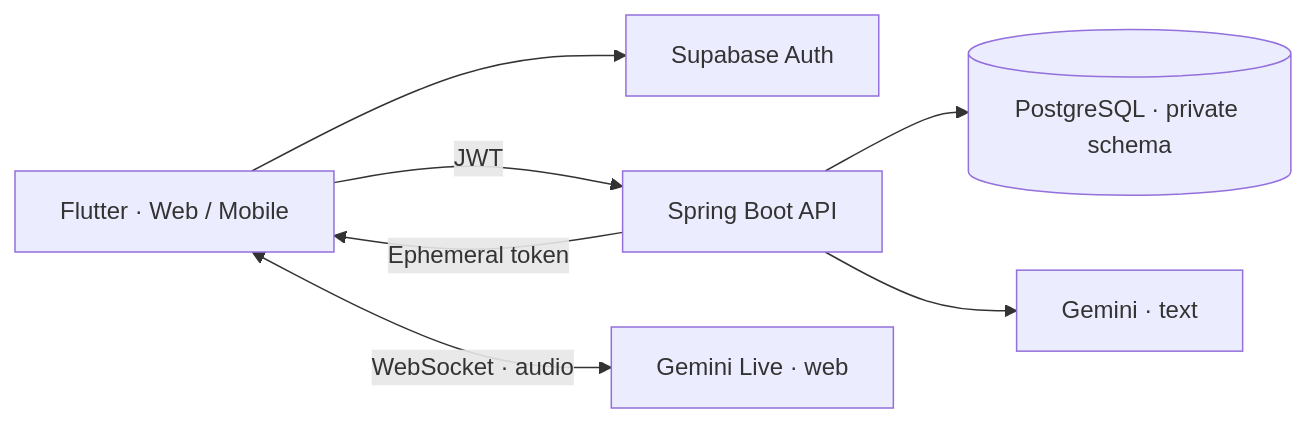
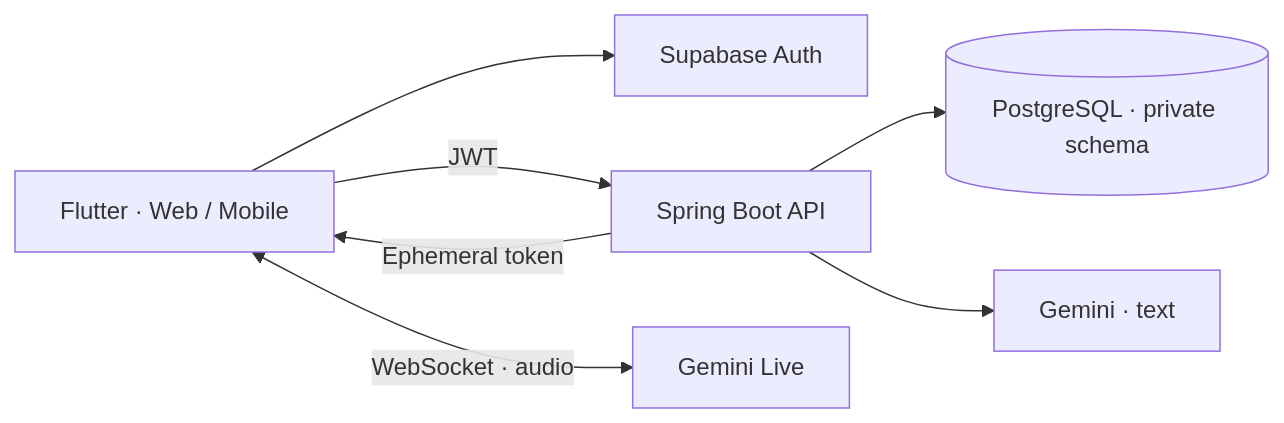
One commit to HipTran24/fluentTalk-mobile-app changed the diagram in README.md. Above: the diagram before and after it, drawn with Mermaid. The commit also changed other lines of this file and 10 other files, not shown here.

````diff
--- a/README.md
+++ b/README.md
@@ -50,9 +50,9 @@
 ```mermaid
 flowchart LR
     App["Flutter · Web / Mobile"] --> Auth["Supabase Auth"]
     App -->|JWT| API["Spring Boot API"]
     API --> DB[("PostgreSQL · private schema")]
     API --> Text["Gemini · text"]
     API -->|Ephemeral token| App
-    App <-->|WebSocket · audio| Live["Gemini Live · web"]
+    App <-->|WebSocket · audio| Live["Gemini Live"]
 ```
````
